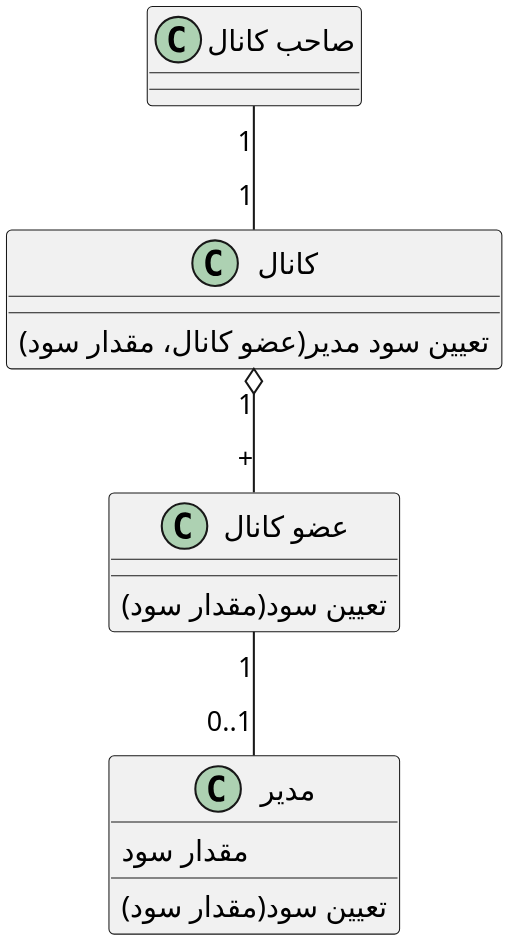
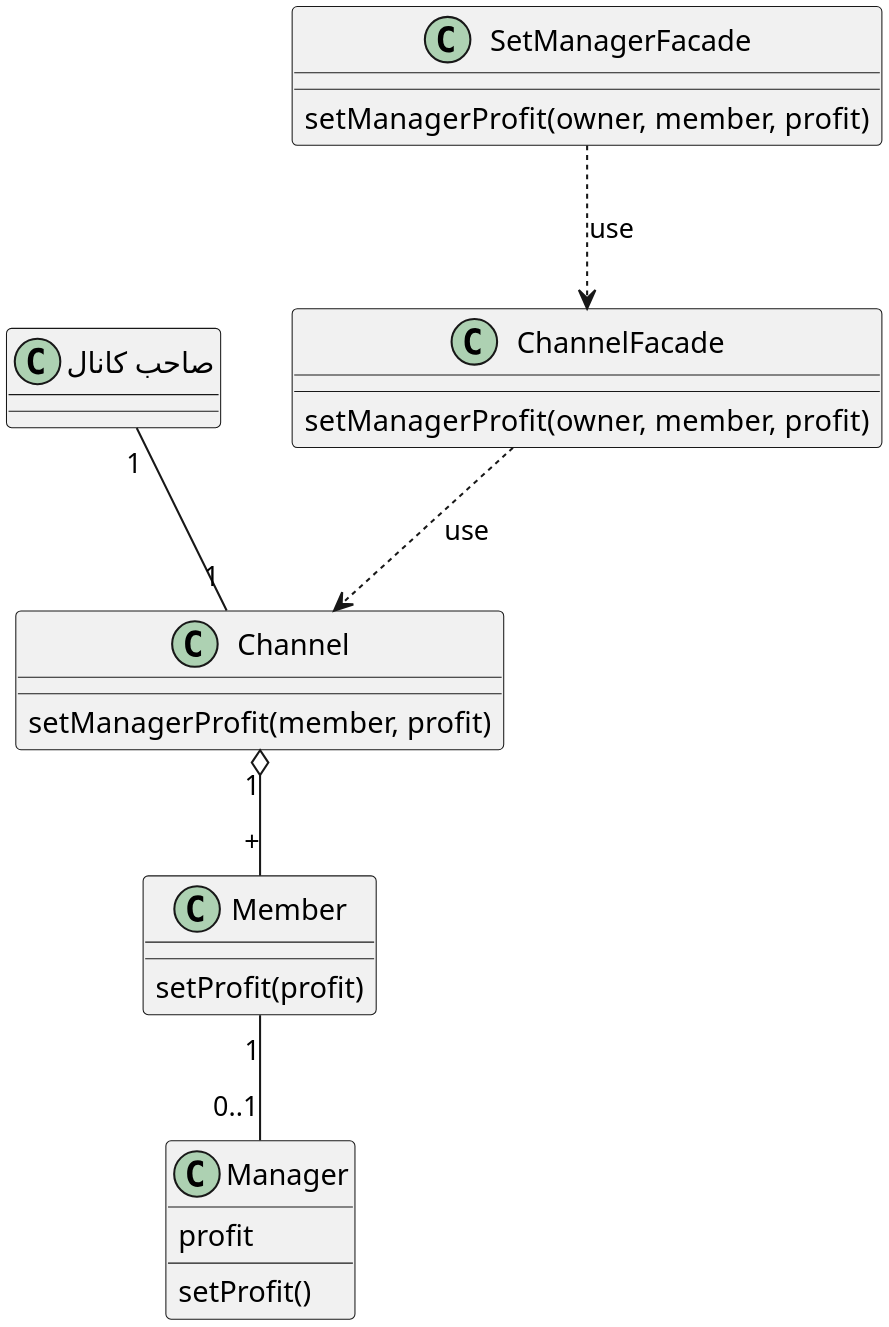
Before and after one commit to soleyman79/Qasedak: the diagram in Diagrams/Design Class/SetManagerProfit.puml, drawn with PlantUML.

Commit message:
update Design class: SetManagerProfit

```diff
--- a/Diagrams/Design Class/SetManagerProfit.puml
+++ b/Diagrams/Design Class/SetManagerProfit.puml
@@ -1,29 +1,38 @@
 @startuml set_manager_profit
 
 
 scale 3
 skinparam DefaultFontName B Nazanin
 skinparam ArrowMessageAlignment right
 
 class "صاحب کانال" as owner {
 }
 
-class "کانال" as chanel {
-    تعیین سود مدیر(عضو کانال، مقدار سود)
+class "Channel" as chanel {
+    setManagerProfit(member, profit)
 }
 
-class "عضو کانال" as member {
-    تعیین سود(مقدار سود)
+class "Member" as member {
+    setProfit(profit)
 }
 
-class "مدیر" as manager {
-    مقدار سود
-    تعیین سود(مقدار سود)
+class "Manager" as manager {
+    profit
+    setProfit()
+}
+
+class SetManagerFacade {
+    setManagerProfit(owner, member, profit)
+}
+
+class ChannelFacade {
+    setManagerProfit(owner, member, profit)
 }
 
 owner "1" -- "1" chanel
 chanel "1" o-- "+" member
 member "1" -- "0..1" manager
-
+SetManagerFacade ..> ChannelFacade :use
+ChannelFacade ..> chanel :use
 
 @enduml
```
